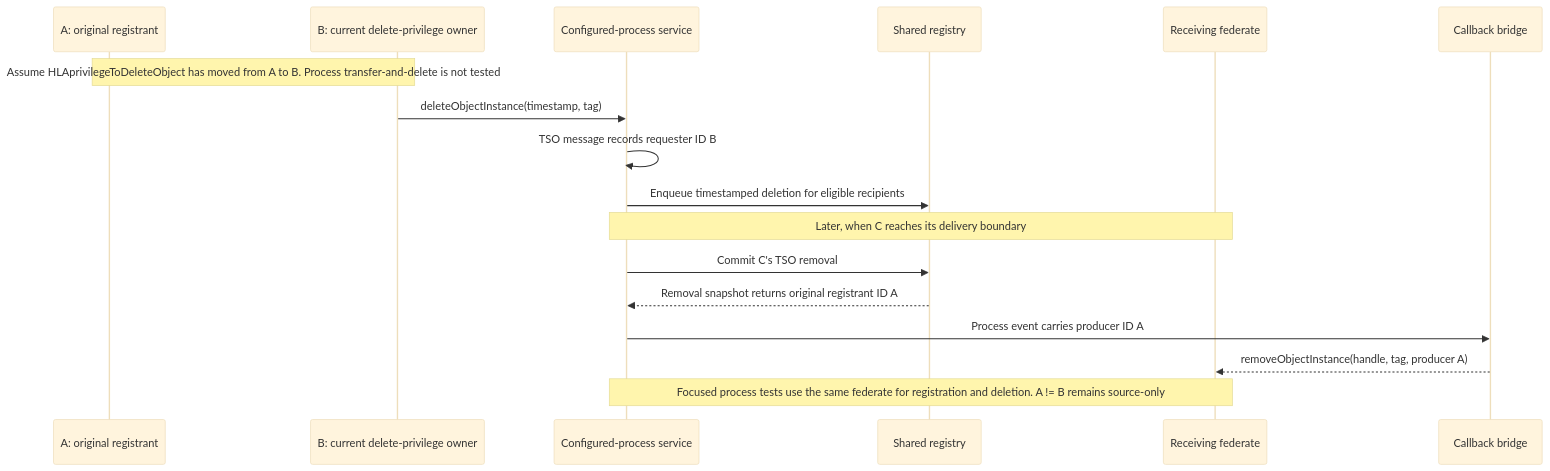
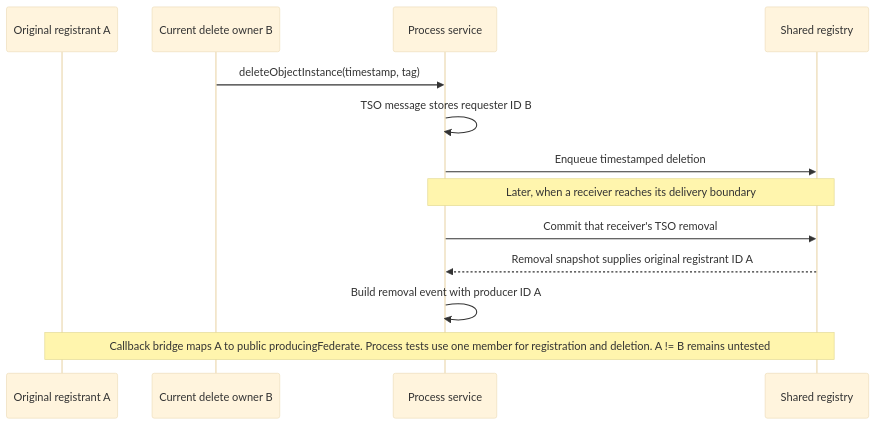
One commit to sheepfling/umbra changed the fifth of 36 diagrams in docs/design/HLA-2025-ATTRIBUTE-OWNERSHIP-FLOW-GUIDE.md. Above: the diagram before and after it, drawn with Mermaid (base theme). The commit also changed other lines of this file and 39 other files, not shown here.

Commit message:
Document IEEE 1516.1-2025 behavior flows

````diff
--- a/docs/design/HLA-2025-ATTRIBUTE-OWNERSHIP-FLOW-GUIDE.md
+++ b/docs/design/HLA-2025-ATTRIBUTE-OWNERSHIP-FLOW-GUIDE.md
@@ -433,19 +458,15 @@
 ```mermaid
 sequenceDiagram
-    participant A as A: original registrant
-    participant B as B: current delete-privilege owner
-    participant S as Configured-process service
+    participant A as Original registrant A
+    participant B as Current delete owner B
+    participant S as Process service
     participant R as Shared registry
-    participant C as Receiving federate
-    participant Bridge as Callback bridge
-    Note over A,B: Assume HLAprivilegeToDeleteObject has moved from A to B. Process transfer-and-delete is not tested
     B->>S: deleteObjectInstance(timestamp, tag)
-    S->>S: TSO message records requester ID B
-    S->>R: Enqueue timestamped deletion for eligible recipients
-    Note over S,C: Later, when C reaches its delivery boundary
-    S->>R: Commit C's TSO removal
-    R-->>S: Removal snapshot returns original registrant ID A
-    S->>Bridge: Process event carries producer ID A
-    Bridge-->>C: removeObjectInstance(handle, tag, producer A)
-    Note over S,C: Focused process tests use the same federate for registration and deletion. A != B remains source-only
+    S->>S: TSO message stores requester ID B
+    S->>R: Enqueue timestamped deletion
+    Note over S,R: Later, when a receiver reaches its delivery boundary
+    S->>R: Commit that receiver's TSO removal
+    R-->>S: Removal snapshot supplies original registrant ID A
+    S->>S: Build removal event with producer ID A
+    Note over A,R: Callback bridge maps A to public producingFederate. Process tests use one member for registration and deletion. A != B remains untested
 ```
````
